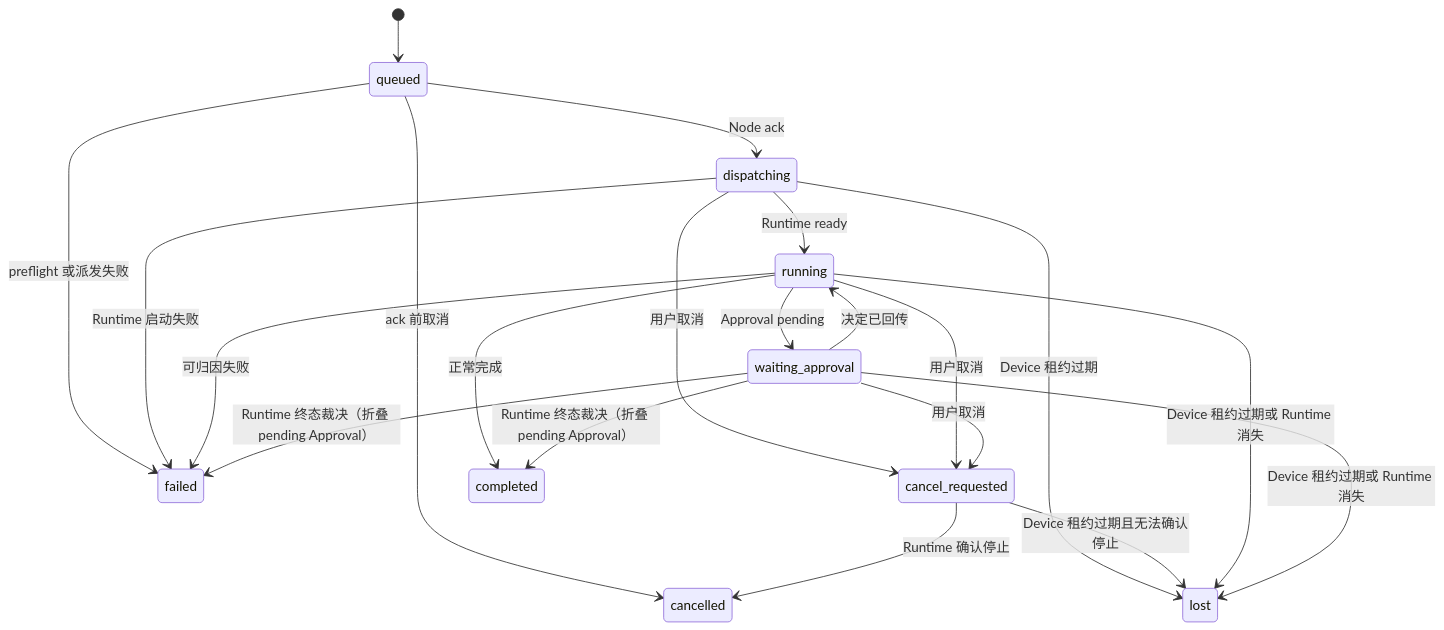
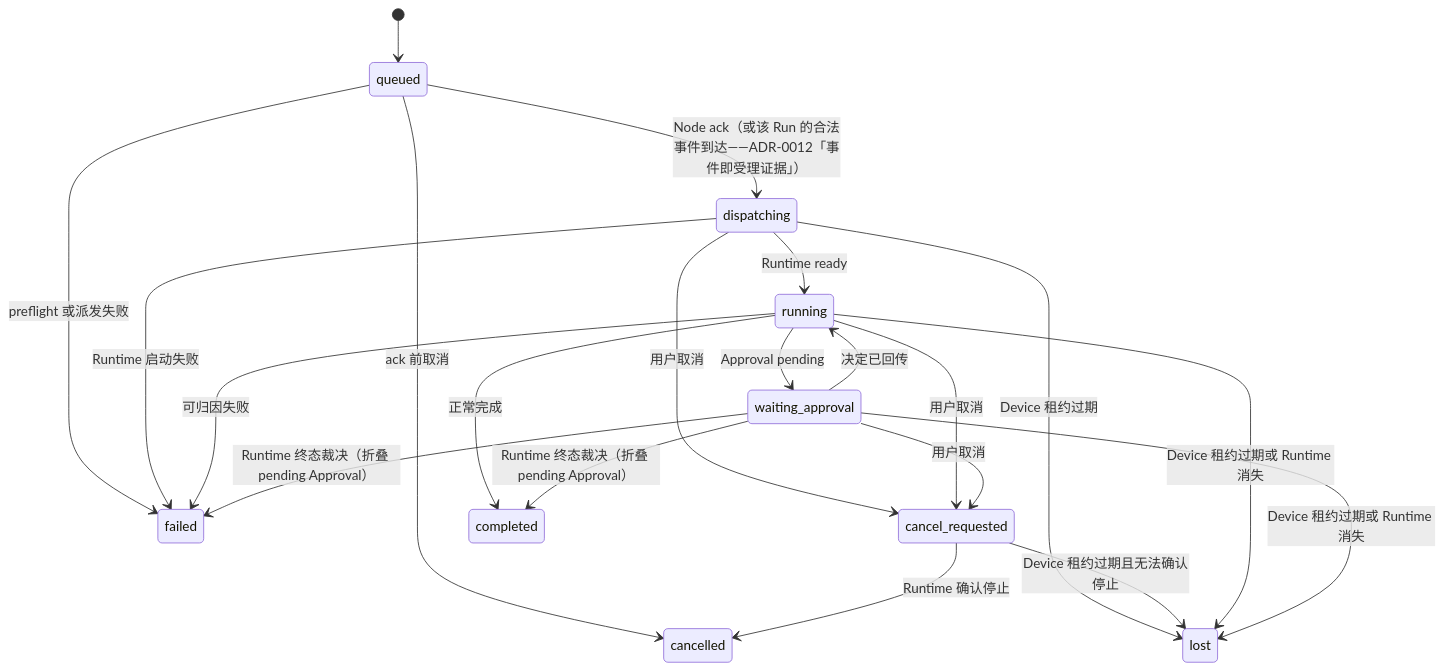
The second of 3 diagrams in 03-领域模型与运行协议.md (RyanOnMe/whalepod), drawn with Mermaid before and after one commit. The commit also changed other lines of this file and 4 other files, not shown here.

First line of the commit message:
fix(hub): ADR-0012 事件即受理证据——丢 ack 不得把 Run 判死 (#302)

````diff
--- a/03-领域模型与运行协议.md
+++ b/03-领域模型与运行协议.md
@@ -425,23 +425,23 @@
 ```mermaid
 stateDiagram-v2
   [*] --> queued
-  queued --> dispatching: Node ack
+  queued --> dispatching: Node ack（或该 Run 的合法事件到达——ADR-0012「事件即受理证据」）
   queued --> failed: preflight 或派发失败
   queued --> cancelled: ack 前取消
   dispatching --> running: Runtime ready
   dispatching --> failed: Runtime 启动失败
   dispatching --> cancel_requested: 用户取消
   dispatching --> lost: Device 租约过期
   running --> waiting_approval: Approval pending
   waiting_approval --> running: 决定已回传
   running --> cancel_requested: 用户取消
   waiting_approval --> cancel_requested: 用户取消
   cancel_requested --> cancelled: Runtime 确认停止
   cancel_requested --> lost: Device 租约过期且无法确认停止
   running --> completed: 正常完成
   running --> failed: 可归因失败
   waiting_approval --> completed: Runtime 终态裁决（折叠 pending Approval）
   waiting_approval --> failed: Runtime 终态裁决（折叠 pending Approval）
   running --> lost: Device 租约过期或 Runtime 消失
   waiting_approval --> lost: Device 租约过期或 Runtime 消失
 ```
````
